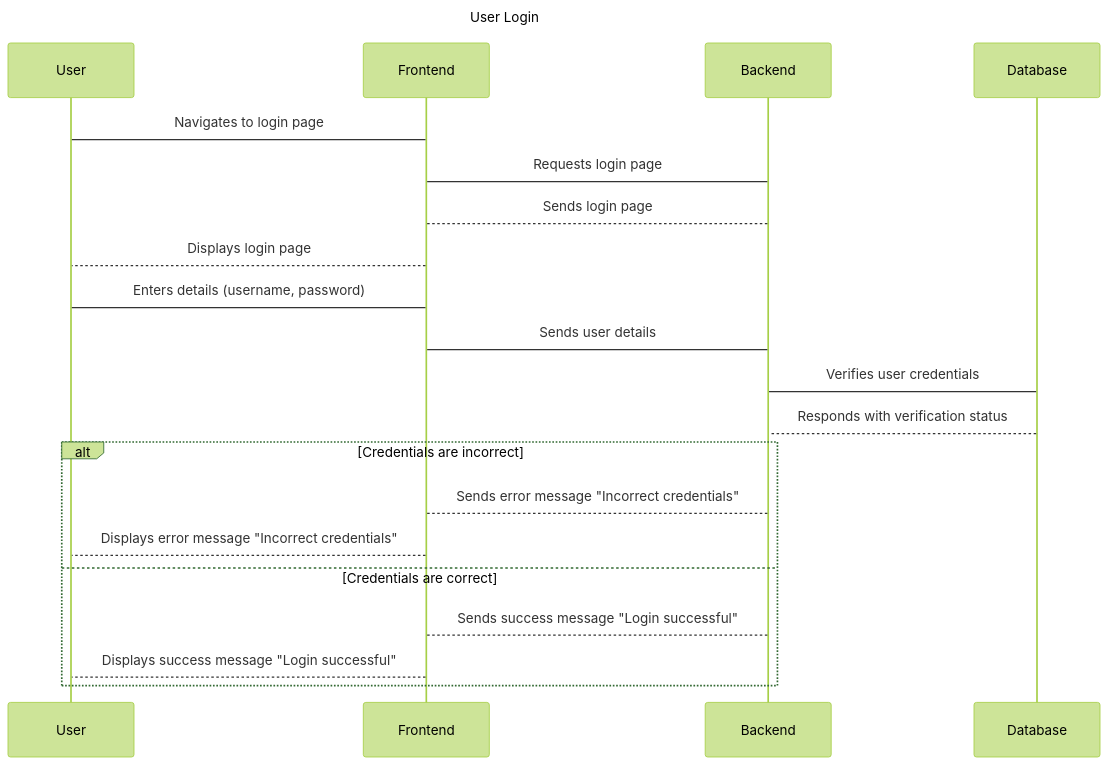
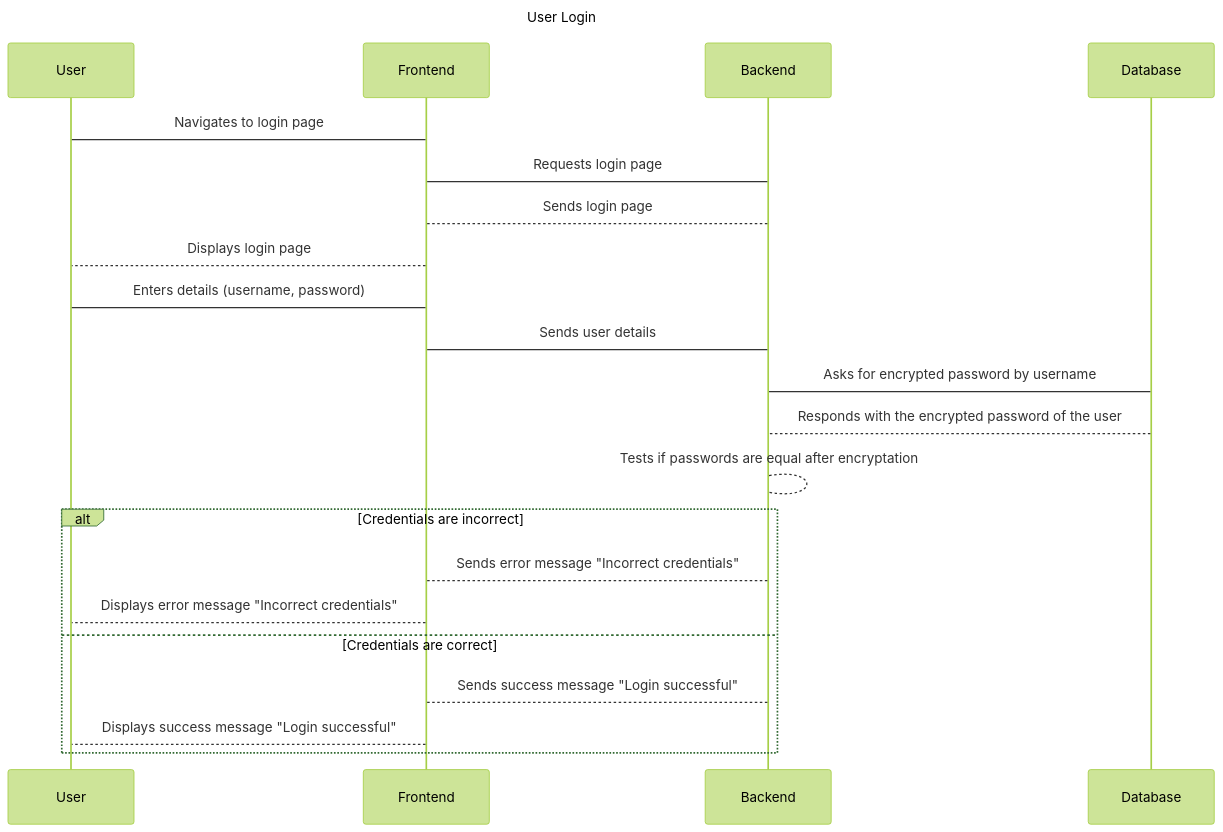
Before and after one commit to Arquisoft/wiq_en3b: the first of 2 diagrams in docs/src/06_runtime_view.adoc, drawn with Mermaid (forest theme). The commit also changed other lines of this file, not shown here.

Commit message:
Changed Login scenario verification part

```diff
--- a/docs/src/06_runtime_view.adoc
+++ b/docs/src/06_runtime_view.adoc
@@ -46,20 +46,21 @@
 [mermaid]
 ....
 sequenceDiagram
     Title: User Login
     User->Frontend: Navigates to login page
     Frontend->Backend: Requests login page
     Backend-->Frontend: Sends login page
     Frontend-->User: Displays login page
     User->Frontend: Enters details (username, password)
     Frontend->Backend: Sends user details
-    Backend->Database: Verifies user credentials
-    Database-->Backend: Responds with verification status
+    Backend->Database: Asks for encrypted password by username
+    Database-->Backend: Responds with the encrypted password of the user
+    Backend-->Backend: Tests if passwords are equal after encryptation
     alt Credentials are incorrect
         Backend-->Frontend: Sends error message "Incorrect credentials"
         Frontend-->User: Displays error message "Incorrect credentials"
     else Credentials are correct
         Backend-->Frontend: Sends success message "Login successful"
         Frontend-->User: Displays success message "Login successful"
     end
 ....
```
